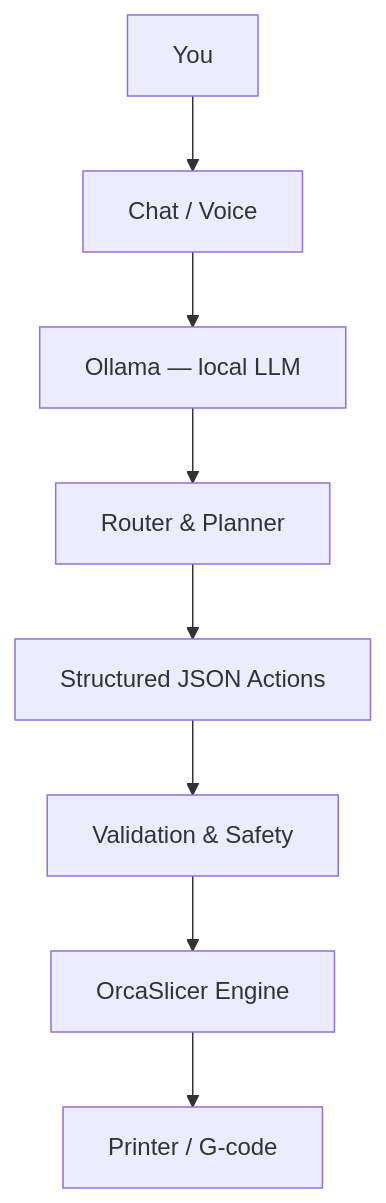
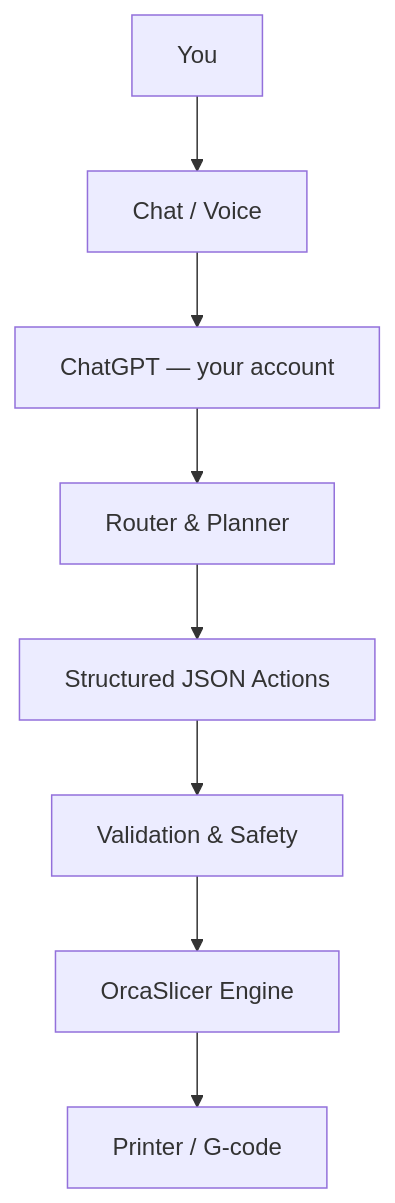
The diagram in README.md (HSU-LEE/VerSlicer), drawn with Mermaid before and after one commit. The commit also changed other lines of this file, not shown here.

Commit message:
Update README for ChatGPT-only assistant and this round of changes

````diff
--- a/README.md
+++ b/README.md
@@ -60,10 +60,10 @@
 ```mermaid
 flowchart TD
     U[You] --> C[Chat / Voice]
-    C --> O[Ollama — local LLM]
+    C --> O[ChatGPT — your account]
     O --> R[Router & Planner]
     R --> A[Structured JSON Actions]
     A --> V[Validation & Safety]
     V --> E[OrcaSlicer Engine]
     E --> P[Printer / G-code]
 ```
````
